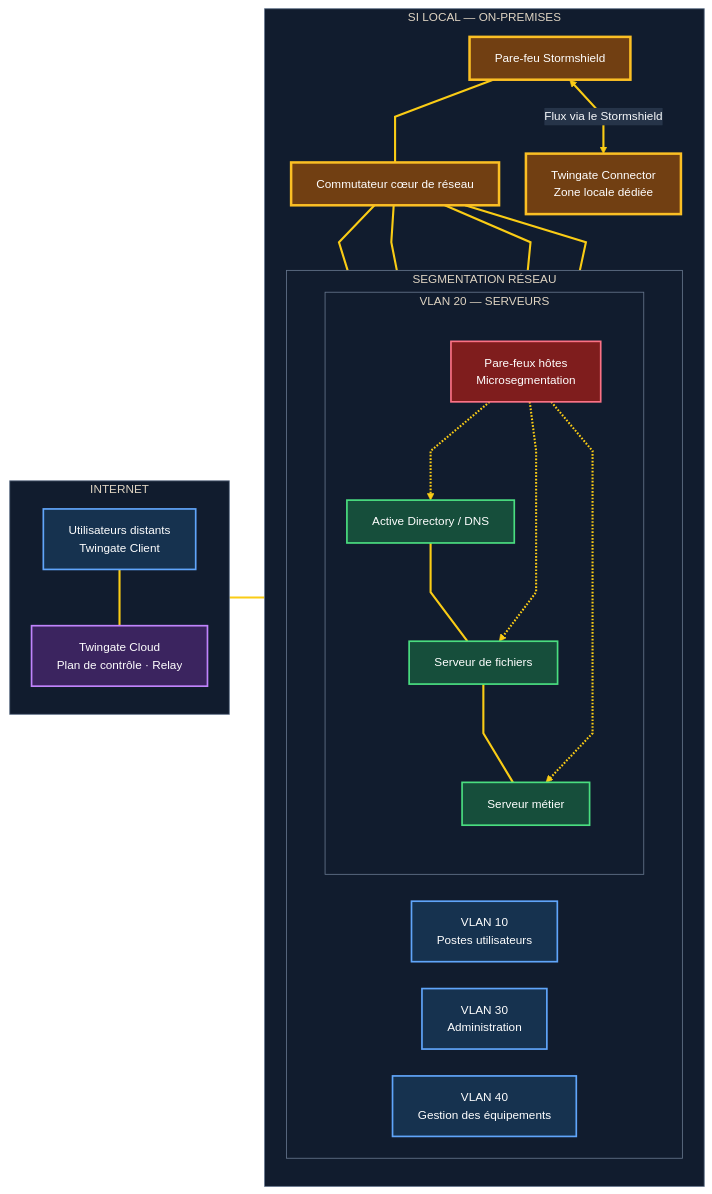
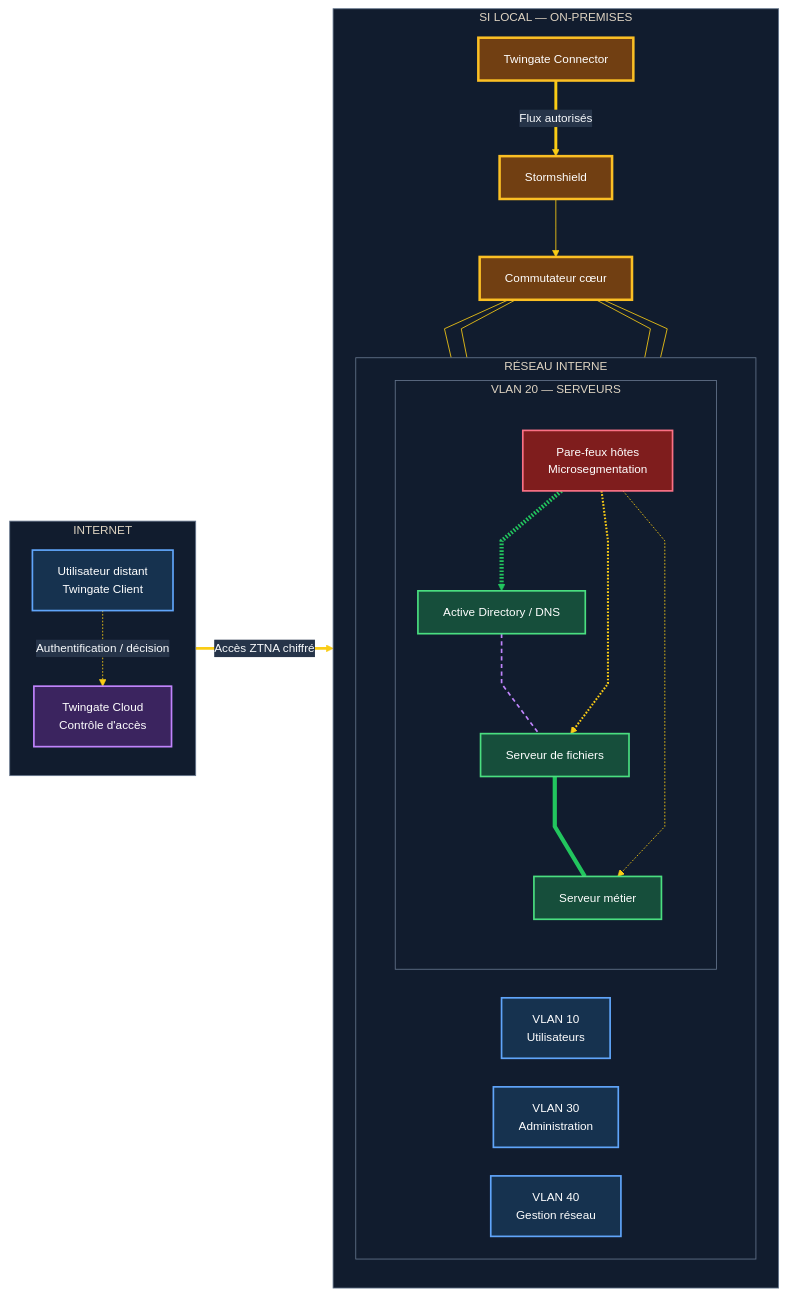
The diagram in projects/01-zero-trust-architecture/diagrams/02-target-architecture.mmd (Chanc-111/Chanc-111), drawn with Mermaid before and after one commit.

Commit message:
Simplify and emphasize ZTNA access flow

```diff
--- a/projects/01-zero-trust-architecture/diagrams/02-target-architecture.mmd
+++ b/projects/01-zero-trust-architecture/diagrams/02-target-architecture.mmd
@@ -1,56 +1,59 @@
-%%{init: {"theme":"base","themeVariables":{"background":"#0b1220","primaryColor":"#172b45","primaryTextColor":"#f8fafc","primaryBorderColor":"#60a5fa","lineColor":"#facc15","secondaryColor":"#182235","tertiaryColor":"#202b3d","clusterBkg":"#111c2e","clusterBorder":"#64748b","edgeLabelBackground":"#263449","fontFamily":"Arial","fontSize":"14px"},"flowchart":{"curve":"linear","htmlLabels":true,"nodeSpacing":32,"rankSpacing":42}}}%%
+%%{init: {"theme":"base","themeVariables":{"background":"#0b1220","primaryColor":"#172b45","primaryTextColor":"#f8fafc","primaryBorderColor":"#60a5fa","lineColor":"#facc15","secondaryColor":"#182235","tertiaryColor":"#202b3d","clusterBkg":"#111c2e","clusterBorder":"#64748b","edgeLabelBackground":"#263449","fontFamily":"Arial","fontSize":"14px"},"flowchart":{"curve":"linear","htmlLabels":true,"nodeSpacing":34,"rankSpacing":44}}}%%
 flowchart LR
     subgraph INTERNET["INTERNET"]
         direction TB
-        REMOTE["Utilisateurs distants<br/>Twingate Client"]
-        TWIN["Twingate Cloud<br/>Plan de contrôle · Relay"]
+        CLIENT["Utilisateur distant<br/>Twingate Client"]
+        TWIN["Twingate Cloud<br/>Contrôle d'accès"]
     end
 
     subgraph SI["SI LOCAL — ON-PREMISES"]
         direction TB
-        FW["Pare-feu Stormshield"]
-        CORE["Commutateur cœur de réseau"]
+        CONN["Twingate Connector"]
+        FW["Stormshield"]
+        CORE["Commutateur cœur"]
 
-        subgraph ZONES["SEGMENTATION RÉSEAU"]
+        subgraph ZONES["RÉSEAU INTERNE"]
             direction LR
-            V10["VLAN 10<br/>Postes utilisateurs"]
+            V10["VLAN 10<br/>Utilisateurs"]
             V30["VLAN 30<br/>Administration"]
             subgraph V20["VLAN 20 — SERVEURS"]
                 direction TB
                 AD["Active Directory / DNS"]
                 FILES["Serveur de fichiers"]
                 APP["Serveur métier"]
                 MICRO["Pare-feux hôtes<br/>Microsegmentation"]
                 AD ~~~ FILES
                 FILES ~~~ APP
                 MICRO -.-> AD
                 MICRO -.-> FILES
                 MICRO -.-> APP
             end
-            V40["VLAN 40<br/>Gestion des équipements"]
+            V40["VLAN 40<br/>Gestion réseau"]
         end
-
-        CONN["Twingate Connector<br/>Zone locale dédiée"]
     end
 
-    REMOTE --- TWIN
-    TWIN --- FW
-    FW --- CORE
+    CLIENT -.->|"Authentification / décision"| TWIN
+    CLIENT ==>|"Accès ZTNA chiffré"| CONN
+    CONN ==>|"Flux autorisés"| FW
+    FW --> CORE
     CORE --- V10
     CORE --- V30
     CORE --- V20
     CORE --- V40
-    FW <-->|"Flux via le Stormshield"| CONN
 
     classDef endpoint fill:#16324f,stroke:#60a5fa,stroke-width:2px,color:#ffffff
     classDef control fill:#3b245f,stroke:#c084fc,stroke-width:2px,color:#ffffff
     classDef network fill:#713f12,stroke:#fbbf24,stroke-width:3px,color:#ffffff
     classDef server fill:#164e3b,stroke:#4ade80,stroke-width:2px,color:#ffffff
     classDef micro fill:#7f1d1d,stroke:#fb7185,stroke-width:2px,color:#ffffff
 
-    class REMOTE,V10,V30,V40 endpoint
+    class CLIENT,V10,V30,V40 endpoint
     class TWIN control
-    class FW,CORE,CONN network
+    class CONN,FW,CORE network
     class AD,FILES,APP server
     class MICRO micro
-    linkStyle default stroke:#facc15,stroke-width:2.5px,color:#f8fafc
+
+    linkStyle 0 stroke:#c084fc,stroke-width:2px,stroke-dasharray:5 4,color:#f8fafc
+    linkStyle 1 stroke:#22c55e,stroke-width:5px,color:#ffffff
+    linkStyle 2 stroke:#22c55e,stroke-width:5px,color:#ffffff
+    linkStyle 3 stroke:#facc15,stroke-width:2.5px,color:#f8fafc
```
